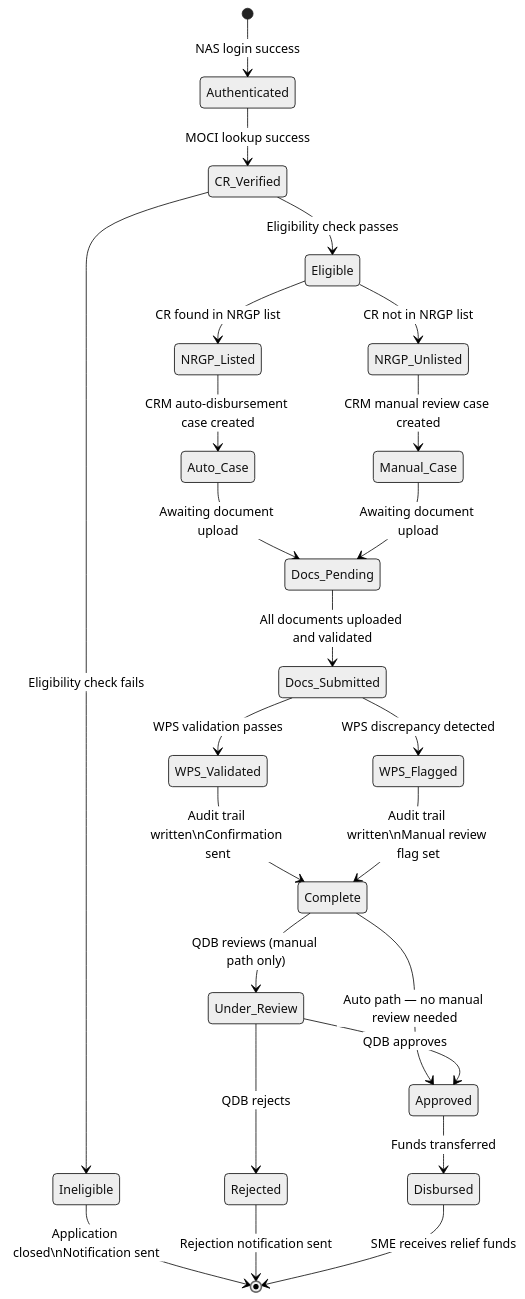
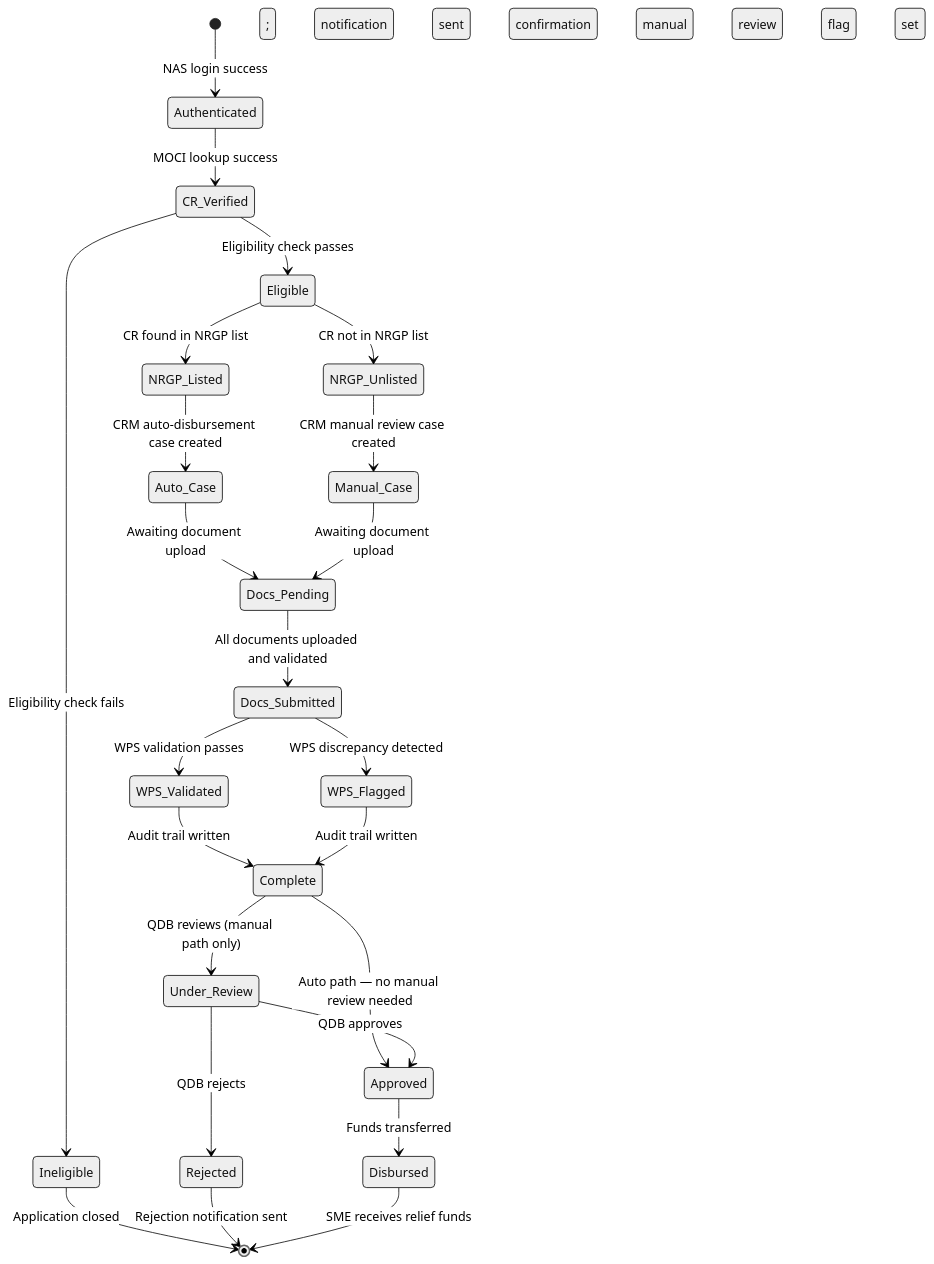
Before and after one commit to Tamoura/Claude-Code-creates-the-SW-company: the ninth of 9 diagrams in products/qdb-sme-relief/docs/business-analysis.md, drawn with Mermaid (neutral theme). The commit also changed other lines of this file and 1 other file, not shown here.

First line of the commit message:
fix(qdb-sme-relief): fix Mermaid diagram syntax in BA and PRD docs

````diff
--- a/products/qdb-sme-relief/docs/business-analysis.md
+++ b/products/qdb-sme-relief/docs/business-analysis.md
@@ -859,26 +859,26 @@
 ```mermaid
 stateDiagram-v2
     [*] --> Authenticated : NAS login success
     Authenticated --> CR_Verified : MOCI lookup success
     CR_Verified --> Ineligible : Eligibility check fails
     CR_Verified --> Eligible : Eligibility check passes
-    Ineligible --> [*] : Application closed\nNotification sent
+    Ineligible --> [*] : Application closed; notification sent
     Eligible --> NRGP_Listed : CR found in NRGP list
     Eligible --> NRGP_Unlisted : CR not in NRGP list
     NRGP_Listed --> Auto_Case : CRM auto-disbursement case created
     NRGP_Unlisted --> Manual_Case : CRM manual review case created
     Auto_Case --> Docs_Pending : Awaiting document upload
     Manual_Case --> Docs_Pending : Awaiting document upload
     Docs_Pending --> Docs_Submitted : All documents uploaded and validated
     Docs_Submitted --> WPS_Validated : WPS validation passes
     Docs_Submitted --> WPS_Flagged : WPS discrepancy detected
-    WPS_Validated --> Complete : Audit trail written\nConfirmation sent
-    WPS_Flagged --> Complete : Audit trail written\nManual review flag set
+    WPS_Validated --> Complete : Audit trail written; confirmation sent
+    WPS_Flagged --> Complete : Audit trail written; manual review flag set
     Complete --> Under_Review : QDB reviews (manual path only)
     Complete --> Approved : Auto path — no manual review needed
     Under_Review --> Approved : QDB approves
     Under_Review --> Rejected : QDB rejects
     Approved --> Disbursed : Funds transferred
     Rejected --> [*] : Rejection notification sent
     Disbursed --> [*] : SME receives relief funds
 ```
````
